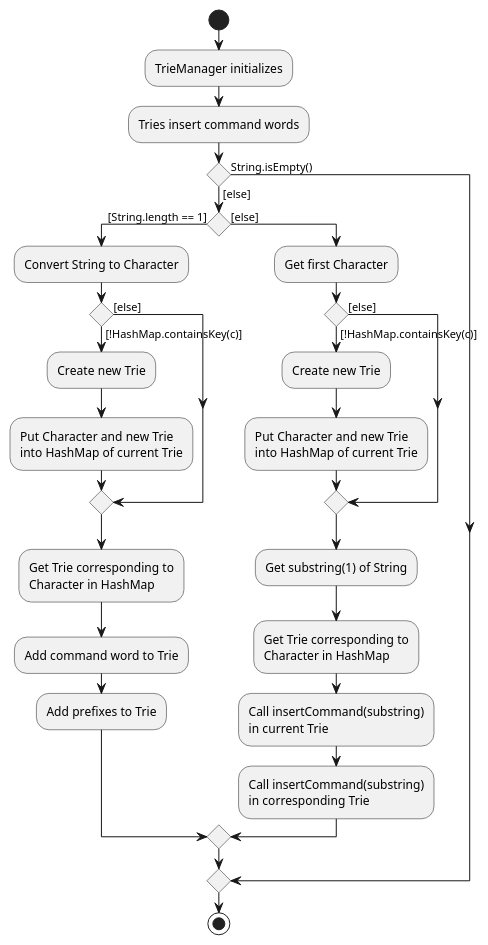
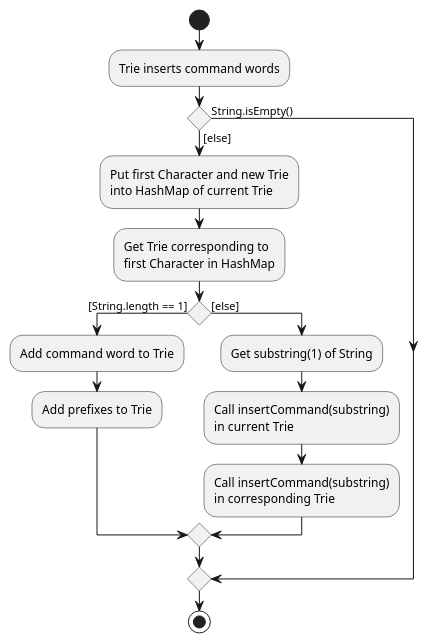
The diagram in docs/diagrams/AutoCompleteActivityDiagram.puml (nus-cs2103-AY1920S1/addressbook-level3), drawn with PlantUML before and after one commit. The commit also changed 3 other files, not shown here.

Commit message:
Updates to PPP and activity diagram of DG

```diff
--- a/docs/diagrams/AutoCompleteActivityDiagram.puml
+++ b/docs/diagrams/AutoCompleteActivityDiagram.puml
@@ -1,37 +1,23 @@
 @startuml
 start
-:TrieManager initializes;
-:Tries insert command words;
+
+:Trie inserts command words;
 if () then (String.isEmpty())
 else ([else])
+        :Put first Character and new Trie
+        into HashMap of current Trie;
+        :Get Trie corresponding to
+        first Character in HashMap;
     if () then ([String.length == 1])
-        :Convert String to Character;
-        if () then ([!HashMap.containsKey(c)])
-            :Create new Trie;
-            :Put Character and new Trie
-            into HashMap of current Trie;
-        else ([else])
-        endif
-        :Get Trie corresponding to
-        Character in HashMap;
         :Add command word to Trie;
         :Add prefixes to Trie;
     else ([else])
-        :Get first Character;
-        if () then ([!HashMap.containsKey(c)])
-            :Create new Trie;
-            :Put Character and new Trie
-            into HashMap of current Trie;
-        else ([else])
-        endif
         :Get substring(1) of String;
-        :Get Trie corresponding to
-        Character in HashMap;
         :Call insertCommand(substring)
         in current Trie;
         :Call insertCommand(substring)
         in corresponding Trie;
     endif
 endif
 stop
 @enduml
```
